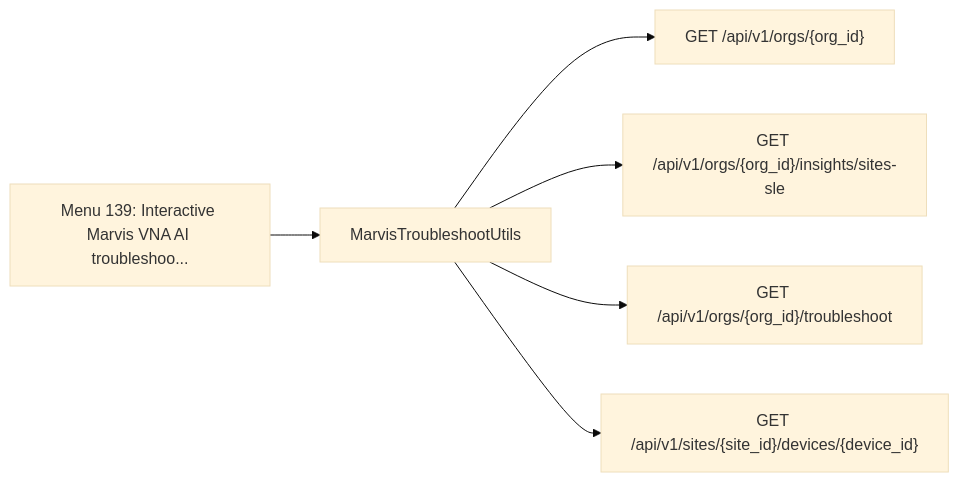
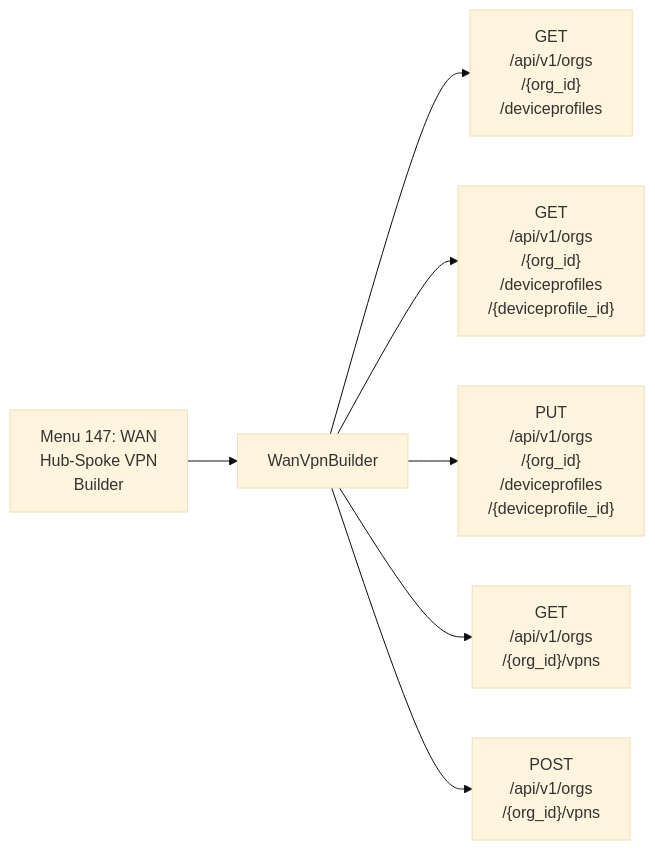
One commit to jmorrison-juniper/MistHelper changed diagram 15 of 18 in documentation/menu-api/interactive.md. Above: the diagram before and after it, drawn with Mermaid (base theme). The commit also changed other lines of this file and 19 other files, not shown here.

First line of the commit message:
docs(menu-api): fit the Mermaid diagrams to the wiki column (#3463)

````diff
--- a/documentation/menu-api/interactive.md
+++ b/documentation/menu-api/interactive.md
@@ -570,9 +566,10 @@
 ```mermaid
 flowchart LR
-    menu["Menu 139: Interactive Marvis VNA AI troubleshoo..."]
-    menu --> c1["MarvisTroubleshootUtils"]
-    c1 --> e1["GET /api/v1/orgs/{org_id}"]
-    c1 --> e2["GET /api/v1/orgs/{org_id}/insights/sites-sle"]
-    c1 --> e3["GET /api/v1/orgs/{org_id}/troubleshoot"]
-    c1 --> e4["GET /api/v1/sites/{site_id}/devices/{device_id}"]
+    menu["Menu 147: WAN<br/>Hub-Spoke VPN<br/>Builder"]
+    menu --> c1["WanVpnBuilder"]
+    c1 --> e1["GET<br/>/api/v1/orgs<br/>/{org_id}<br/>/deviceprofiles"]
+    c1 --> e2["GET<br/>/api/v1/orgs<br/>/{org_id}<br/>/deviceprofiles<br/>/{deviceprofile_id}"]
+    c1 --> e3["PUT<br/>/api/v1/orgs<br/>/{org_id}<br/>/deviceprofiles<br/>/{deviceprofile_id}"]
+    c1 --> e4["GET<br/>/api/v1/orgs<br/>/{org_id}/vpns"]
+    c1 --> e5["POST<br/>/api/v1/orgs<br/>/{org_id}/vpns"]
 ```
````
